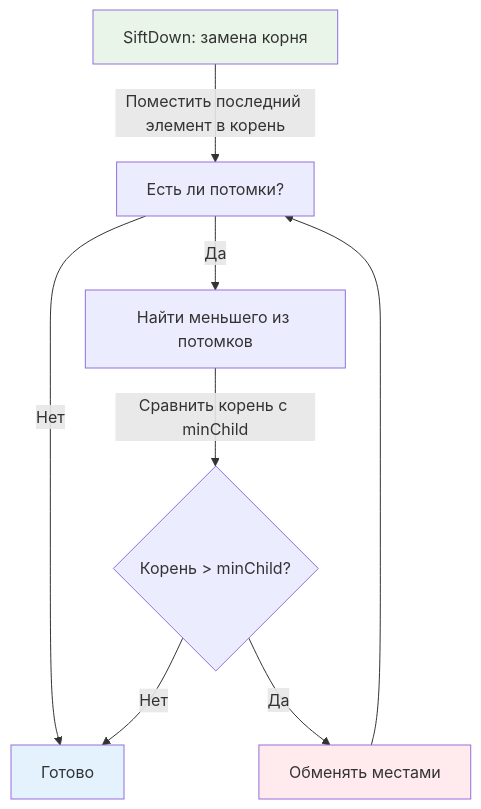
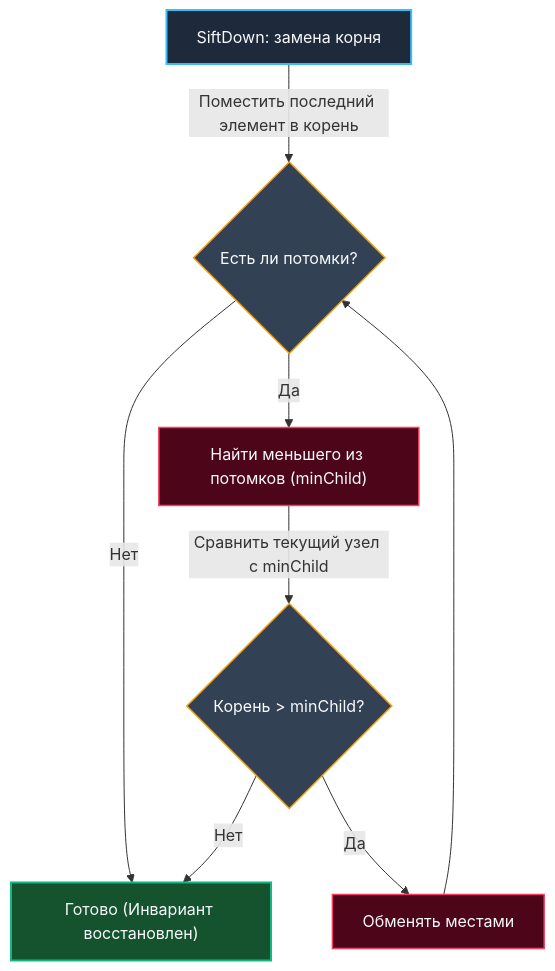
Before and after one commit to UnrealTemplier/go-textbook: the second of 2 diagrams in sources/20. Алгоритмы и структуры данных (DSA) на Go/06. Кучи и приоритетные очереди/2. Бинарная куча.md, drawn with Mermaid. The commit also changed other lines of this file, not shown here.

````diff
--- a/sources/20. Алгоритмы и структуры данных (DSA) на Go/06. Кучи и приоритетные очереди/2. Бинарная куча.md
+++ b/sources/20. Алгоритмы и структуры данных (DSA) на Go/06. Кучи и приоритетные очереди/2. Бинарная куча.md
@@ -60,14 +71,20 @@
 ```mermaid
 flowchart TD
-    Start["SiftDown: замена корня"] -->|Поместить последний элемент в корень| Check["Есть ли потомки?"]
-    Check -->|Нет| End["Готово"]
-    Check -->|Да| FindMin["Найти меньшего из потомков"]
-    FindMin -->|Сравнить корень с minChild| Swap{"Корень > minChild?"}
-    Swap -->|Да| SwapOp["Обменять местами"]
-    Swap -->|Нет| End
+    Start["SiftDown: замена корня"] -->|"Поместить последний элемент в корень"| Check{"Есть ли потомки?"}
+    Check -->|"Нет"| End["Готово (Инвариант восстановлен)"]
+    Check -->|"Да"| FindMin["Найти меньшего из потомков (minChild)"]
+    FindMin -->|"Сравнить текущий узел с minChild"| Swap{"Корень > minChild?"}
+    Swap -->|"Да"| SwapOp["Обменять местами"]
+    Swap -->|"Нет"| End
     SwapOp --> Check
-    
-    style Start fill:#e8f5e8
-    style SwapOp fill:#ffebee
-    style End fill:#e3f2fd
+
+    classDef startNode fill:#1e293b,stroke:#38bdf8,stroke-width:2px,color:#f8fafc;
+    classDef checkNode fill:#334155,stroke:#f59e0b,stroke-width:1.5px,color:#f8fafc;
+    classDef opNode fill:#4c0519,stroke:#f43f5e,stroke-width:1.5px,color:#f8fafc;
+    classDef endNode fill:#14532d,stroke:#10b981,stroke-width:2px,color:#f8fafc;
+
+    class Start startNode;
+    class Check,Swap checkNode;
+    class FindMin,SwapOp opNode;
+    class End endNode;
 ```
````
